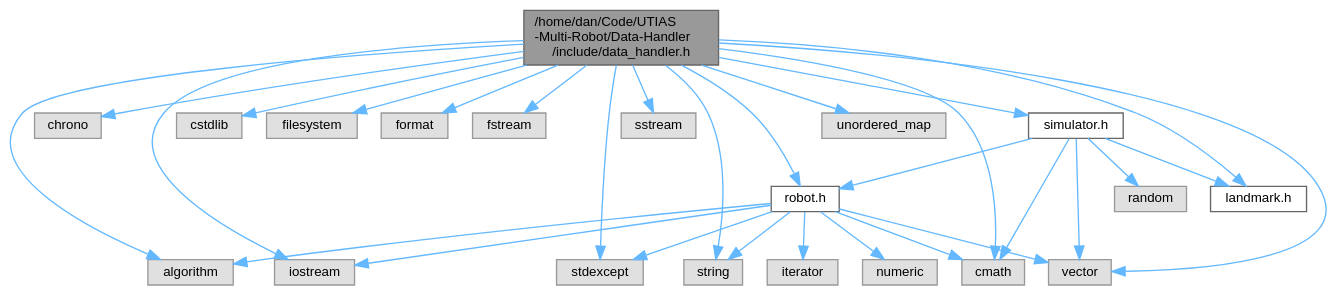
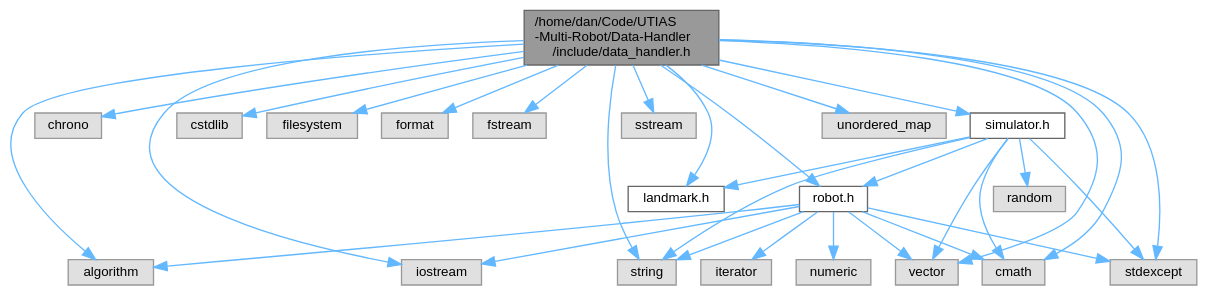
Before and after one commit to DanielIngham/Cooperative-Positioning-Data-Handler: the diagram in docs/data__handler_8h__incl.dot, drawn with Graphviz. The commit also changed 37 other files, not shown here.

```diff
--- a/docs/data__handler_8h__incl.dot
+++ b/docs/data__handler_8h__incl.dot
@@ -1,56 +1,58 @@
 digraph "/home/dan/Code/UTIAS-Multi-Robot/Data-Handler/include/data_handler.h"
 {
  // LATEX_PDF_SIZE
   bgcolor="transparent";
   edge [fontname=Helvetica,fontsize=10,labelfontname=Helvetica,labelfontsize=10];
   node [fontname=Helvetica,fontsize=10,shape=box,height=0.2,width=0.4];
   Node1 [id="Node000001",label="/home/dan/Code/UTIAS\l-Multi-Robot/Data-Handler\l/include/data_handler.h",height=0.2,width=0.4,color="gray40", fillcolor="grey60", style="filled", fontcolor="black",tooltip=" "];
   Node1 -> Node2 [id="edge1_Node000001_Node000002",color="steelblue1",style="solid",tooltip=" "];
   Node2 [id="Node000002",label="algorithm",height=0.2,width=0.4,color="grey60", fillcolor="#E0E0E0", style="filled",tooltip=" "];
   Node1 -> Node3 [id="edge2_Node000001_Node000003",color="steelblue1",style="solid",tooltip=" "];
   Node3 [id="Node000003",label="chrono",height=0.2,width=0.4,color="grey60", fillcolor="#E0E0E0", style="filled",tooltip=" "];
   Node1 -> Node4 [id="edge3_Node000001_Node000004",color="steelblue1",style="solid",tooltip=" "];
   Node4 [id="Node000004",label="cmath",height=0.2,width=0.4,color="grey60", fillcolor="#E0E0E0", style="filled",tooltip=" "];
   Node1 -> Node5 [id="edge4_Node000001_Node000005",color="steelblue1",style="solid",tooltip=" "];
   Node5 [id="Node000005",label="cstdlib",height=0.2,width=0.4,color="grey60", fillcolor="#E0E0E0", style="filled",tooltip=" "];
   Node1 -> Node6 [id="edge5_Node000001_Node000006",color="steelblue1",style="solid",tooltip=" "];
   Node6 [id="Node000006",label="filesystem",height=0.2,width=0.4,color="grey60", fillcolor="#E0E0E0", style="filled",tooltip=" "];
   Node1 -> Node7 [id="edge6_Node000001_Node000007",color="steelblue1",style="solid",tooltip=" "];
   Node7 [id="Node000007",label="format",height=0.2,width=0.4,color="grey60", fillcolor="#E0E0E0", style="filled",tooltip=" "];
   Node1 -> Node8 [id="edge7_Node000001_Node000008",color="steelblue1",style="solid",tooltip=" "];
   Node8 [id="Node000008",label="fstream",height=0.2,width=0.4,color="grey60", fillcolor="#E0E0E0", style="filled",tooltip=" "];
   Node1 -> Node9 [id="edge8_Node000001_Node000009",color="steelblue1",style="solid",tooltip=" "];
   Node9 [id="Node000009",label="iostream",height=0.2,width=0.4,color="grey60", fillcolor="#E0E0E0", style="filled",tooltip=" "];
   Node1 -> Node10 [id="edge9_Node000001_Node000010",color="steelblue1",style="solid",tooltip=" "];
   Node10 [id="Node000010",label="sstream",height=0.2,width=0.4,color="grey60", fillcolor="#E0E0E0", style="filled",tooltip=" "];
   Node1 -> Node11 [id="edge10_Node000001_Node000011",color="steelblue1",style="solid",tooltip=" "];
   Node11 [id="Node000011",label="stdexcept",height=0.2,width=0.4,color="grey60", fillcolor="#E0E0E0", style="filled",tooltip=" "];
   Node1 -> Node12 [id="edge11_Node000001_Node000012",color="steelblue1",style="solid",tooltip=" "];
   Node12 [id="Node000012",label="string",height=0.2,width=0.4,color="grey60", fillcolor="#E0E0E0", style="filled",tooltip=" "];
   Node1 -> Node13 [id="edge12_Node000001_Node000013",color="steelblue1",style="solid",tooltip=" "];
   Node13 [id="Node000013",label="unordered_map",height=0.2,width=0.4,color="grey60", fillcolor="#E0E0E0", style="filled",tooltip=" "];
   Node1 -> Node14 [id="edge13_Node000001_Node000014",color="steelblue1",style="solid",tooltip=" "];
   Node14 [id="Node000014",label="vector",height=0.2,width=0.4,color="grey60", fillcolor="#E0E0E0", style="filled",tooltip=" "];
   Node1 -> Node15 [id="edge14_Node000001_Node000015",color="steelblue1",style="solid",tooltip=" "];
   Node15 [id="Node000015",label="landmark.h",height=0.2,width=0.4,color="grey40", fillcolor="white", style="filled",URL="$landmark_8h.html",tooltip="Header file of the Landmark struct."];
   Node1 -> Node16 [id="edge15_Node000001_Node000016",color="steelblue1",style="solid",tooltip=" "];
   Node16 [id="Node000016",label="robot.h",height=0.2,width=0.4,color="grey40", fillcolor="white", style="filled",URL="$robot_8h.html",tooltip="Header file of the Robot class."];
   Node16 -> Node2 [id="edge16_Node000016_Node000002",color="steelblue1",style="solid",tooltip=" "];
   Node16 -> Node4 [id="edge17_Node000016_Node000004",color="steelblue1",style="solid",tooltip=" "];
   Node16 -> Node9 [id="edge18_Node000016_Node000009",color="steelblue1",style="solid",tooltip=" "];
   Node16 -> Node17 [id="edge19_Node000016_Node000017",color="steelblue1",style="solid",tooltip=" "];
   Node17 [id="Node000017",label="iterator",height=0.2,width=0.4,color="grey60", fillcolor="#E0E0E0", style="filled",tooltip=" "];
   Node16 -> Node18 [id="edge20_Node000016_Node000018",color="steelblue1",style="solid",tooltip=" "];
   Node18 [id="Node000018",label="numeric",height=0.2,width=0.4,color="grey60", fillcolor="#E0E0E0", style="filled",tooltip=" "];
   Node16 -> Node11 [id="edge21_Node000016_Node000011",color="steelblue1",style="solid",tooltip=" "];
   Node16 -> Node12 [id="edge22_Node000016_Node000012",color="steelblue1",style="solid",tooltip=" "];
   Node16 -> Node14 [id="edge23_Node000016_Node000014",color="steelblue1",style="solid",tooltip=" "];
   Node1 -> Node19 [id="edge24_Node000001_Node000019",color="steelblue1",style="solid",tooltip=" "];
   Node19 [id="Node000019",label="simulator.h",height=0.2,width=0.4,color="grey40", fillcolor="white", style="filled",URL="$simulator_8h.html",tooltip="Header file of the Simulator class,."];
   Node19 -> Node4 [id="edge25_Node000019_Node000004",color="steelblue1",style="solid",tooltip=" "];
   Node19 -> Node20 [id="edge26_Node000019_Node000020",color="steelblue1",style="solid",tooltip=" "];
   Node20 [id="Node000020",label="random",height=0.2,width=0.4,color="grey60", fillcolor="#E0E0E0", style="filled",tooltip=" "];
-  Node19 -> Node14 [id="edge27_Node000019_Node000014",color="steelblue1",style="solid",tooltip=" "];
-  Node19 -> Node15 [id="edge28_Node000019_Node000015",color="steelblue1",style="solid",tooltip=" "];
-  Node19 -> Node16 [id="edge29_Node000019_Node000016",color="steelblue1",style="solid",tooltip=" "];
+  Node19 -> Node11 [id="edge27_Node000019_Node000011",color="steelblue1",style="solid",tooltip=" "];
+  Node19 -> Node12 [id="edge28_Node000019_Node000012",color="steelblue1",style="solid",tooltip=" "];
+  Node19 -> Node14 [id="edge29_Node000019_Node000014",color="steelblue1",style="solid",tooltip=" "];
+  Node19 -> Node15 [id="edge30_Node000019_Node000015",color="steelblue1",style="solid",tooltip=" "];
+  Node19 -> Node16 [id="edge31_Node000019_Node000016",color="steelblue1",style="solid",tooltip=" "];
 }
```
